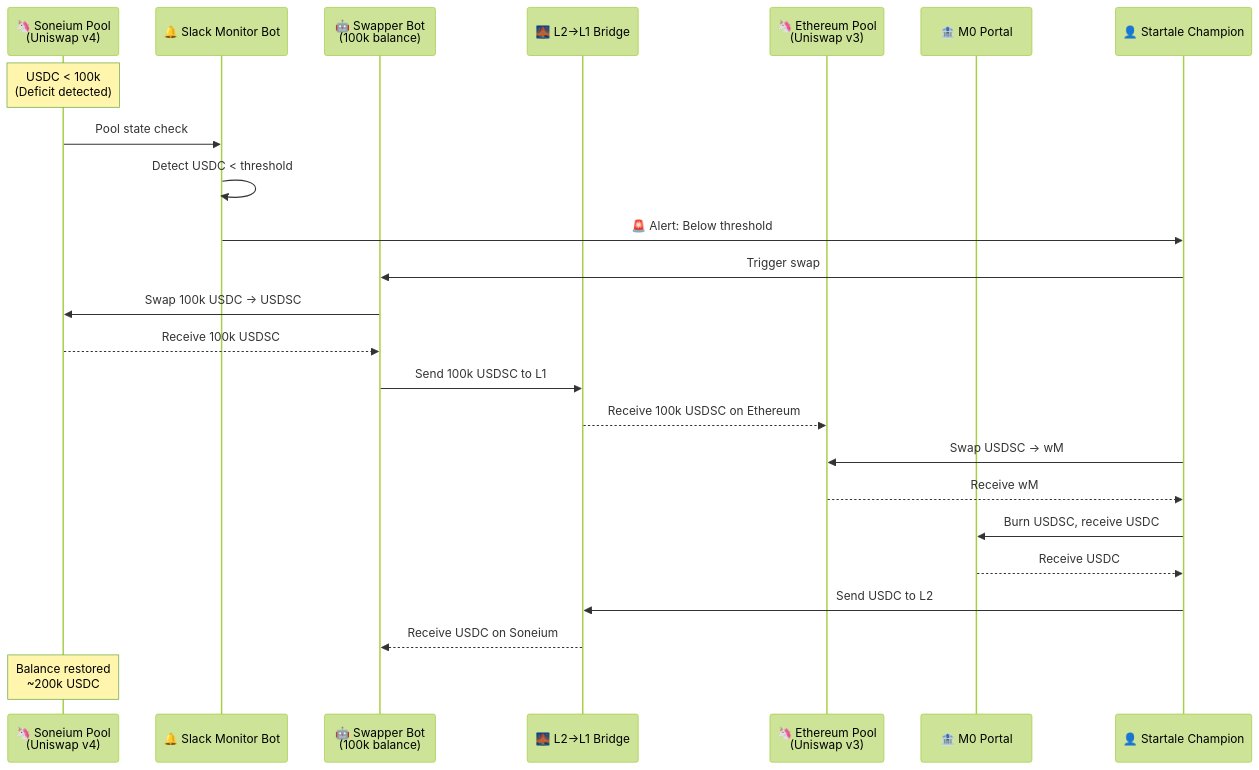
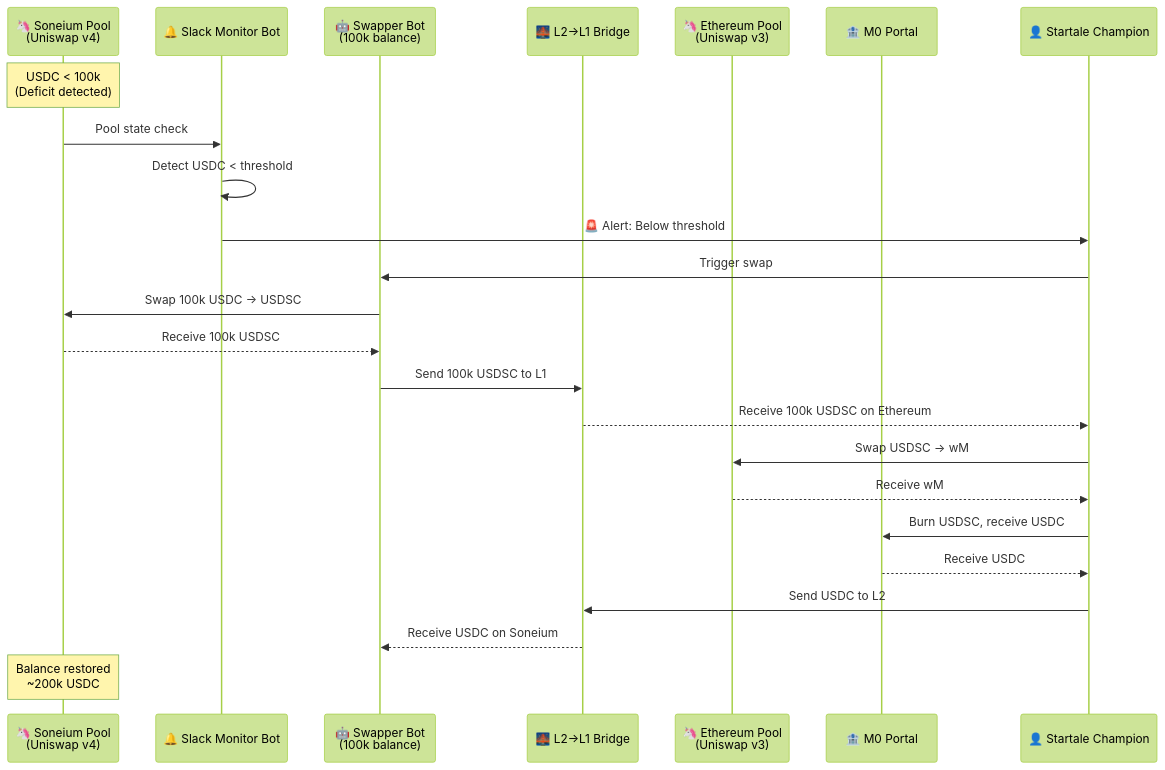
Before and after one commit to StartaleGroup/stablecoin-vault-contracts: the second of 2 diagrams in MINT_FLOW.md, drawn with Mermaid (forest theme). The commit also changed other lines of this file, not shown here.

Commit message:
fix bridging recepient

````diff
--- a/MINT_FLOW.md
+++ b/MINT_FLOW.md
@@ -100,34 +100,34 @@
 ```mermaid
 sequenceDiagram
     participant Pool as 🦄 Soneium Pool<br/>(Uniswap v4)
     participant Monitor as 🔔 Slack Monitor Bot
     participant Swapper as 🤖 Swapper Bot<br/>(100k balance)
     participant Bridge as 🌉 L2→L1 Bridge
     participant UniV3 as 🦄 Ethereum Pool<br/>(Uniswap v3)
     participant M0 as 🏦 M0 Portal
     participant Champion as 👤 Startale Champion
 
     Note over Pool: USDC < 100k<br/>(Deficit detected)
 
     Pool->>Monitor: Pool state check
     Monitor->>Monitor: Detect USDC < threshold
     Monitor->>Champion: 🚨 Alert: Below threshold
 
     Champion->>Swapper: Trigger swap
     Swapper->>Pool: Swap 100k USDC → USDSC
     Pool-->>Swapper: Receive 100k USDSC
 
     Swapper->>Bridge: Send 100k USDSC to L1
-    Bridge-->>UniV3: Receive 100k USDSC on Ethereum
+    Bridge-->>Champion: Receive 100k USDSC on Ethereum
 
     Champion->>UniV3: Swap USDSC → wM
     UniV3-->>Champion: Receive wM
 
     Champion->>M0: Burn USDSC, receive USDC
     M0-->>Champion: Receive USDC
 
     Champion->>Bridge: Send USDC to L2
     Bridge-->>Swapper: Receive USDC on Soneium
 
     Note over Pool: Balance restored<br/>~200k USDC
 ```
````
